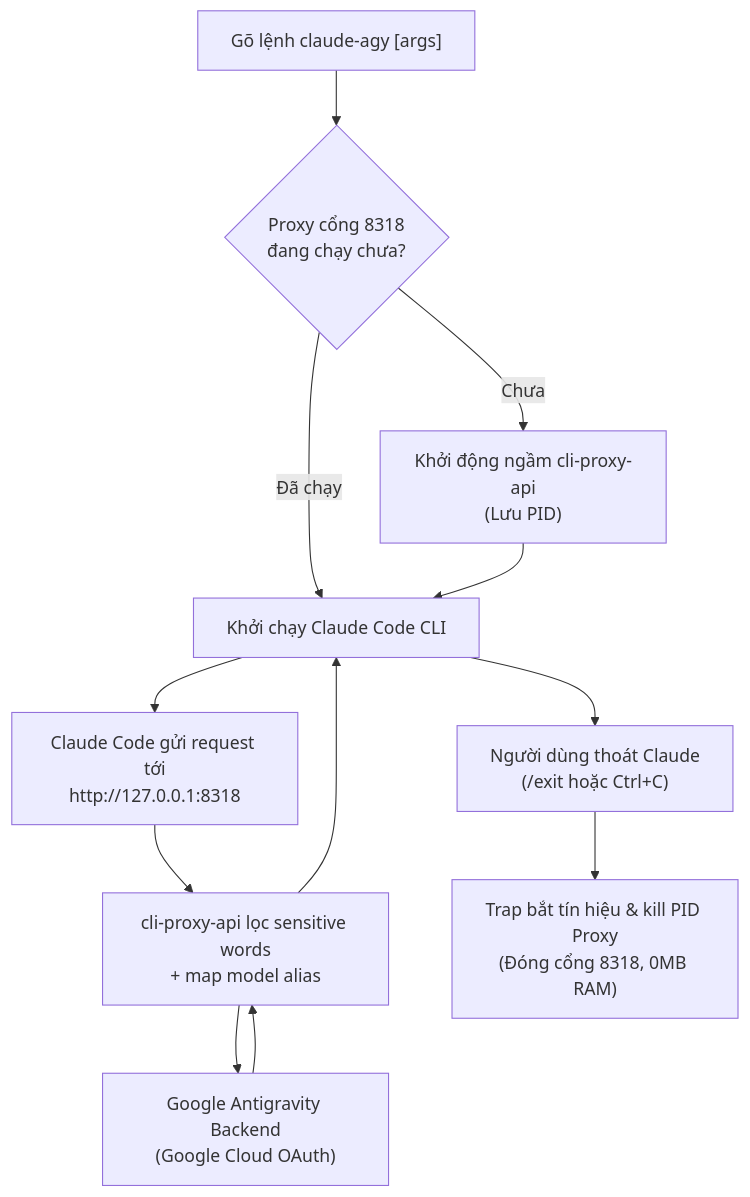
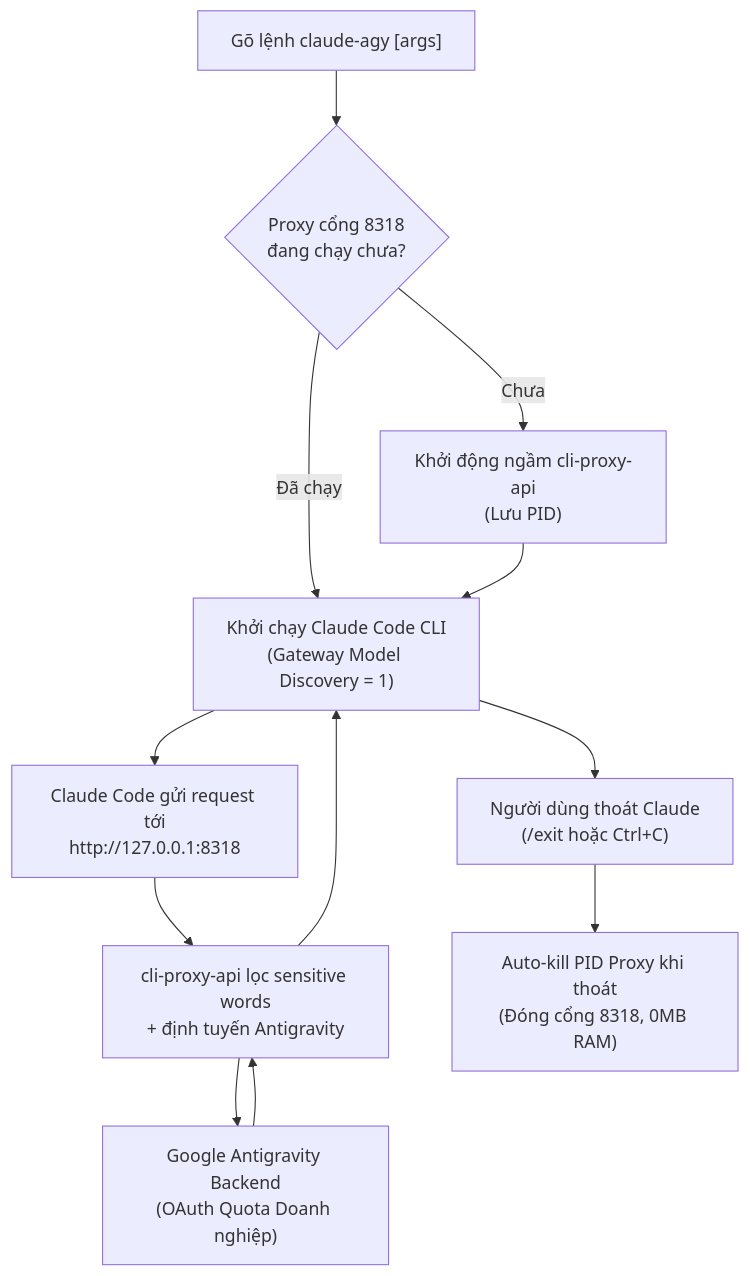
The diagram in skills/claude-antigravity/SKILL.md (tuquet/skills), drawn with Mermaid before and after one commit. The commit also changed other lines of this file and 5 other files, not shown here.

First line of the commit message:
feat(claude-antigravity): add Windows setup.ps1, business-oriented README, and KISS/YAGNI config

````diff
--- a/skills/claude-antigravity/SKILL.md
+++ b/skills/claude-antigravity/SKILL.md
@@ -15,14 +17,14 @@
 ```mermaid
 flowchart TD
     A["Gõ lệnh claude-agy [args]"] --> B{"Proxy cổng 8318<br/>đang chạy chưa?"}
     B -- "Chưa" --> C["Khởi động ngầm cli-proxy-api<br/>(Lưu PID)"]
-    B -- "Đã chạy" --> D["Khởi chạy Claude Code CLI"]
+    B -- "Đã chạy" --> D["Khởi chạy Claude Code CLI<br/>(Gateway Model Discovery = 1)"]
     C --> D
     D --> E["Claude Code gửi request tới<br/>http://127.0.0.1:8318"]
-    E --> F["cli-proxy-api lọc sensitive words<br/>+ map model alias"]
-    F --> G["Google Antigravity Backend<br/>(Google Cloud OAuth)"]
+    E --> F["cli-proxy-api lọc sensitive words<br/>+ định tuyến Antigravity"]
+    F --> G["Google Antigravity Backend<br/>(OAuth Quota Doanh nghiệp)"]
     G --> F
     F --> D
     D --> H["Người dùng thoát Claude<br/>(/exit hoặc Ctrl+C)"]
-    H --> I["Trap bắt tín hiệu & kill PID Proxy<br/>(Đóng cổng 8318, 0MB RAM)"]
+    H --> I["Auto-kill PID Proxy khi thoát<br/>(Đóng cổng 8318, 0MB RAM)"]
 ```
````
